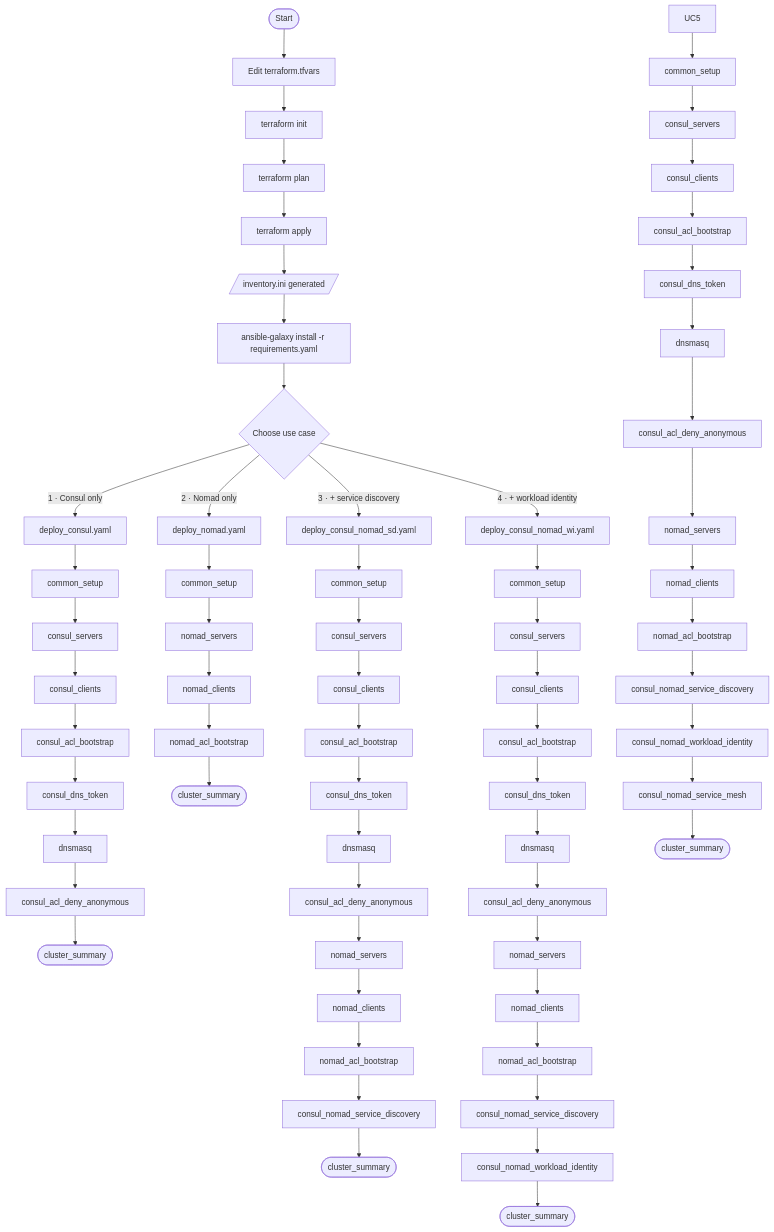
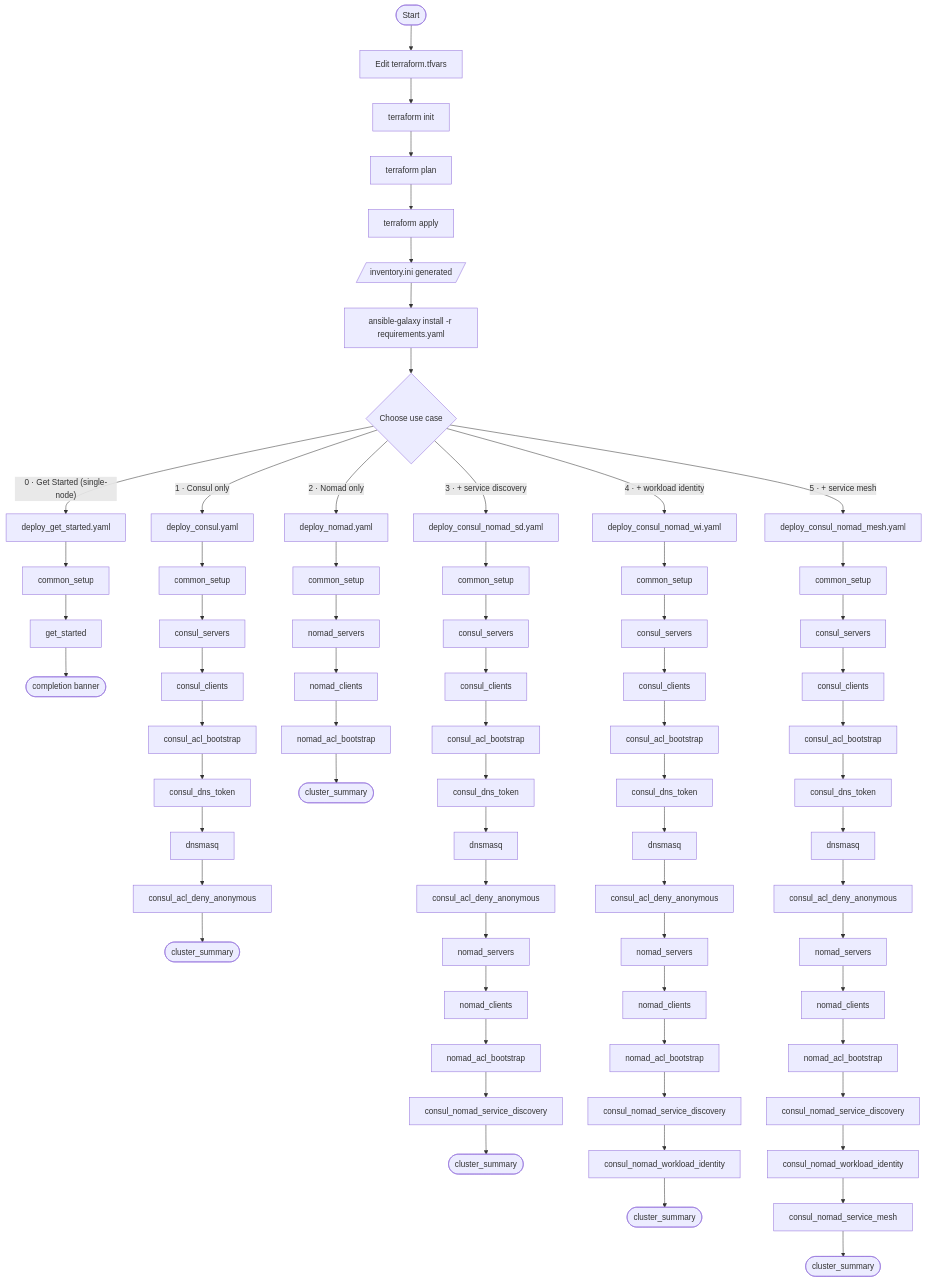
Before and after one commit to hashicorp-education/nomad-infrastructure: the diagram in DEPLOY_CLUSTER_GUIDE.md, drawn with Mermaid. The commit also changed other lines of this file and 10 other files, not shown here.

````diff
--- a/DEPLOY_CLUSTER_GUIDE.md
+++ b/DEPLOY_CLUSTER_GUIDE.md
@@ -12,72 +16,78 @@
 ```mermaid
 flowchart TD
     START([Start]) --> TF1[Edit terraform.tfvars]
     TF1 --> TF2[terraform init]
     TF2 --> TF3[terraform plan]
     TF3 --> TF4[terraform apply]
     TF4 --> INV[/inventory.ini generated/]
     INV --> DEPS[ansible-galaxy install -r requirements.yaml]
     DEPS --> PICK{Choose use case}
 
+    PICK -->|"0 · Get Started (single-node)"| UC0[deploy_get_started.yaml]
     PICK -->|"1 · Consul only"| UC1[deploy_consul.yaml]
     PICK -->|"2 · Nomad only"| UC2[deploy_nomad.yaml]
     PICK -->|"3 · + service discovery"| UC3[deploy_consul_nomad_sd.yaml]
     PICK -->|"4 · + workload identity"| UC4[deploy_consul_nomad_wi.yaml]
+    PICK -->|"5 · + service mesh"| UC5[deploy_consul_nomad_mesh.yaml]
+
+    UC0 --> P0A[common_setup]
+    P0A --> P0B[get_started]
+    P0B --> P0Z([completion banner])
 
     UC1 --> P1A[common_setup]
     P1A --> P1B[consul_servers]
     P1B --> P1C[consul_clients]
     P1C --> P1D[consul_acl_bootstrap]
     P1D --> P1E[consul_dns_token]
     P1E --> P1F[dnsmasq]
     P1F --> P1G[consul_acl_deny_anonymous]
     P1G --> P1Z([cluster_summary])
 
     UC2 --> P2A[common_setup]
     P2A --> P2B[nomad_servers]
     P2B --> P2C[nomad_clients]
     P2C --> P2D[nomad_acl_bootstrap]
     P2D --> P2Z([cluster_summary])
 
     UC3 --> P3A[common_setup]
     P3A --> P3B[consul_servers]
     P3B --> P3C[consul_clients]
     P3C --> P3D[consul_acl_bootstrap]
     P3D --> P3E[consul_dns_token]
     P3E --> P3F[dnsmasq]
     P3F --> P3G[consul_acl_deny_anonymous]
     P3G --> P3H[nomad_servers]
     P3H --> P3I[nomad_clients]
     P3I --> P3J[nomad_acl_bootstrap]
     P3J --> P3K[consul_nomad_service_discovery]
     P3K --> P3Z([cluster_summary])
 
     UC4 --> P4A[common_setup]
     P4A --> P4B[consul_servers]
     P4B --> P4C[consul_clients]
     P4C --> P4D[consul_acl_bootstrap]
     P4D --> P4E[consul_dns_token]
     P4E --> P4F[dnsmasq]
     P4F --> P4G[consul_acl_deny_anonymous]
     P4G --> P4H[nomad_servers]
     P4H --> P4I[nomad_clients]
     P4I --> P4J[nomad_acl_bootstrap]
     P4J --> P4K[consul_nomad_service_discovery]
     P4K --> P4L[consul_nomad_workload_identity]
     P4L --> P4Z([cluster_summary])
 
     UC5 --> P5A[common_setup]
     P5A --> P5B[consul_servers]
     P5B --> P5C[consul_clients]
     P5C --> P5D[consul_acl_bootstrap]
     P5D --> P5E[consul_dns_token]
     P5E --> P5F[dnsmasq]
     P5F --> P5G[consul_acl_deny_anonymous]
     P5G --> P5H[nomad_servers]
     P5H --> P5I[nomad_clients]
     P5I --> P5J[nomad_acl_bootstrap]
     P5J --> P5K[consul_nomad_service_discovery]
     P5K --> P5L[consul_nomad_workload_identity]
     P5L --> P5M[consul_nomad_service_mesh]
     P5M --> P5Z([cluster_summary])
 ```
````
